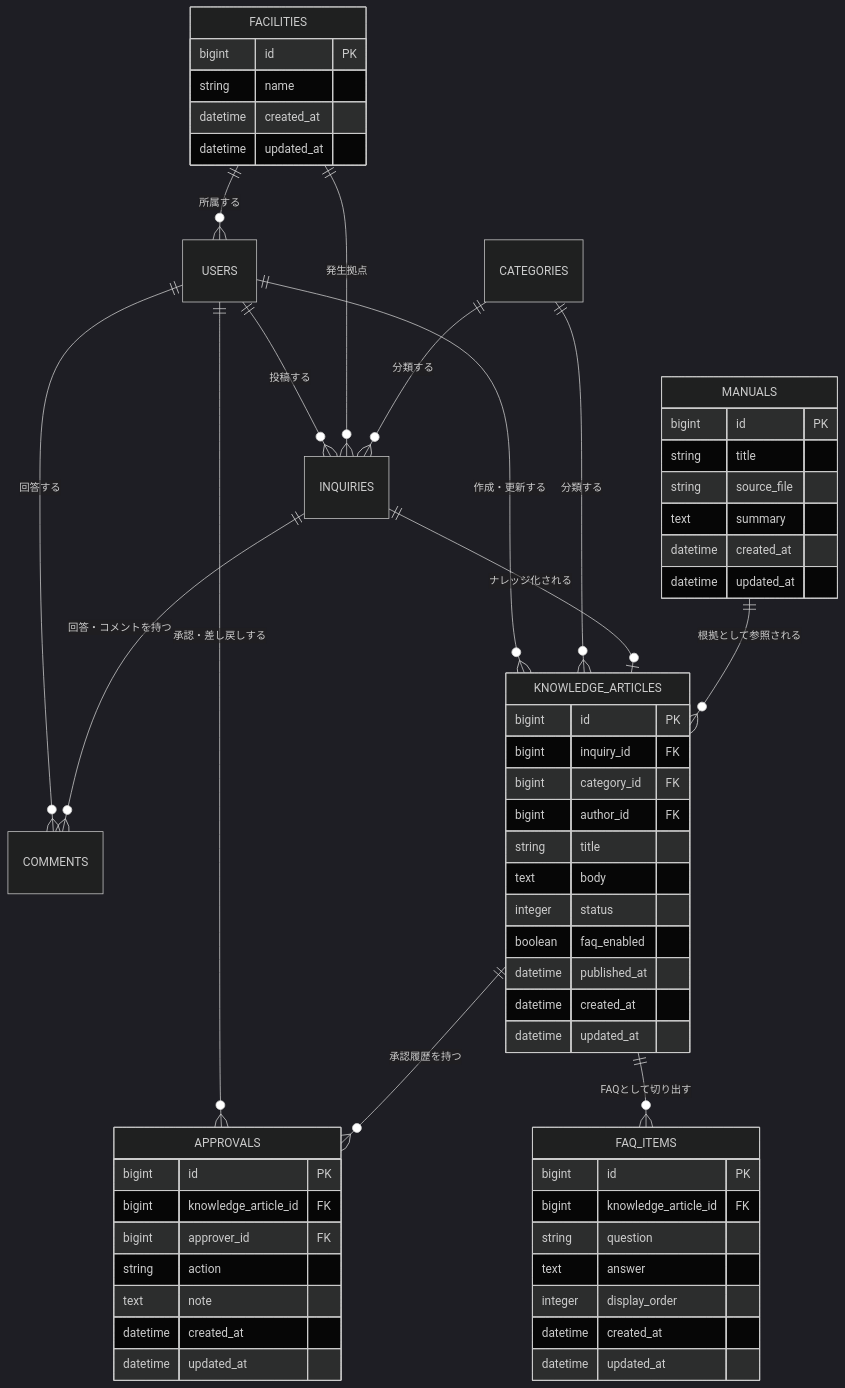
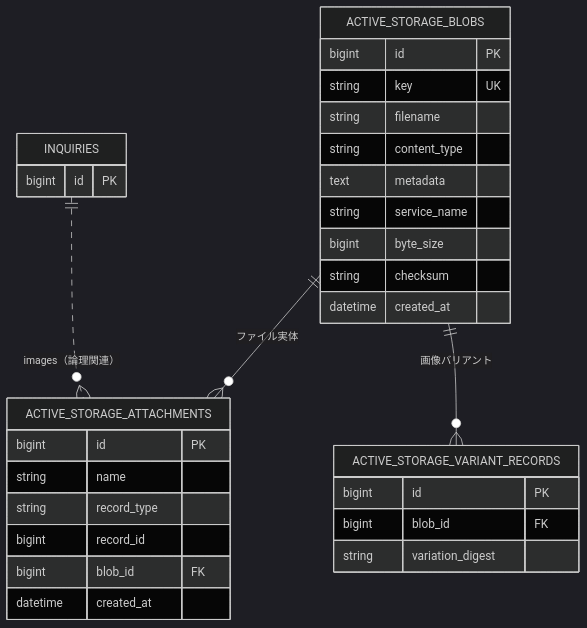
Before and after one commit to urm0922/LibNote: the second of 2 diagrams in docs/er_diagram.md, drawn with Mermaid (dark theme). The commit also changed other lines of this file and 8 other files, not shown here.

````diff
--- a/docs/er_diagram.md
+++ b/docs/er_diagram.md
@@ -90,69 +109,37 @@
 ```mermaid
 erDiagram
-    USERS ||--o{ INQUIRIES : "投稿する"
-    USERS ||--o{ COMMENTS : "回答する"
-    USERS ||--o{ KNOWLEDGE_ARTICLES : "作成・更新する"
-    USERS ||--o{ APPROVALS : "承認・差し戻しする"
+    INQUIRIES ||..o{ ACTIVE_STORAGE_ATTACHMENTS : "images（論理関連）"
+    ACTIVE_STORAGE_BLOBS ||--o{ ACTIVE_STORAGE_ATTACHMENTS : "ファイル実体"
+    ACTIVE_STORAGE_BLOBS ||--o{ ACTIVE_STORAGE_VARIANT_RECORDS : "画像バリアント"
 
-    FACILITIES ||--o{ USERS : "所属する"
-    FACILITIES ||--o{ INQUIRIES : "発生拠点"
+    INQUIRIES {
+        bigint id PK
+    }
 
-    CATEGORIES ||--o{ INQUIRIES : "分類する"
-    CATEGORIES ||--o{ KNOWLEDGE_ARTICLES : "分類する"
-
-    INQUIRIES ||--o{ COMMENTS : "回答・コメントを持つ"
-    INQUIRIES ||--o| KNOWLEDGE_ARTICLES : "ナレッジ化される"
-    KNOWLEDGE_ARTICLES ||--o{ APPROVALS : "承認履歴を持つ"
-    KNOWLEDGE_ARTICLES ||--o{ FAQ_ITEMS : "FAQとして切り出す"
-    MANUALS ||--o{ KNOWLEDGE_ARTICLES : "根拠として参照される"
-
-    FACILITIES {
+    ACTIVE_STORAGE_ATTACHMENTS {
         bigint id PK
         string name
+        string record_type
+        bigint record_id
+        bigint blob_id FK
         datetime created_at
-        datetime updated_at
     }
 
-    KNOWLEDGE_ARTICLES {
+    ACTIVE_STORAGE_BLOBS {
         bigint id PK
-        bigint inquiry_id FK
-        bigint category_id FK
-        bigint author_id FK
-        string title
-        text body
-        integer status
-        boolean faq_enabled
-        datetime published_at
+        string key UK
+        string filename
+        string content_type
+        text metadata
+        string service_name
+        bigint byte_size
+        string checksum
         datetime created_at
-        datetime updated_at
     }
 
-    FAQ_ITEMS {
+    ACTIVE_STORAGE_VARIANT_RECORDS {
         bigint id PK
-        bigint knowledge_article_id FK
-        string question
-        text answer
-        integer display_order
-        datetime created_at
-        datetime updated_at
-    }
-
-    APPROVALS {
-        bigint id PK
-        bigint knowledge_article_id FK
-        bigint approver_id FK
-        string action
-        text note
-        datetime created_at
-        datetime updated_at
-    }
-
-    MANUALS {
-        bigint id PK
-        string title
-        string source_file
-        text summary
-        datetime created_at
-        datetime updated_at
+        bigint blob_id FK
+        string variation_digest
     }
 ```
````
